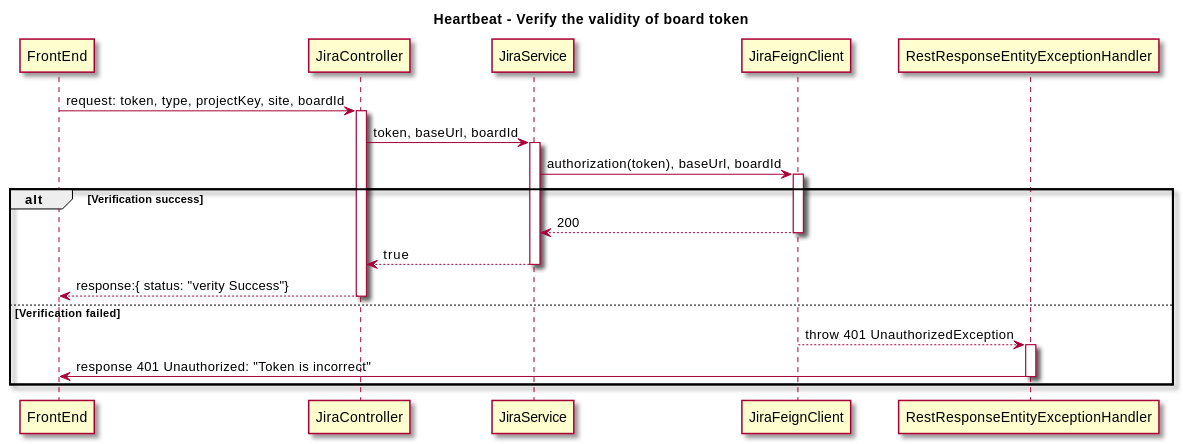
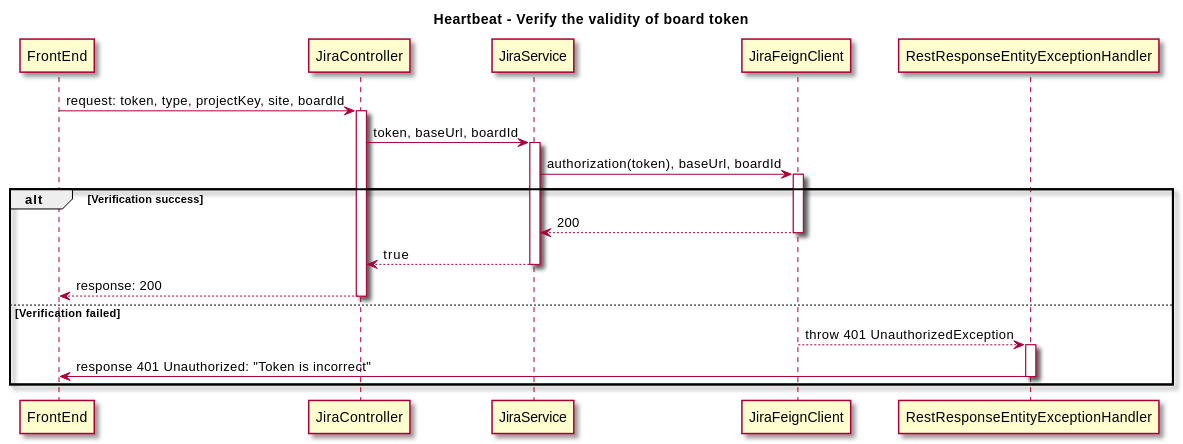
The diagram in docs/src/content/docs/en/spikes/tech-spikes-split-verify-of-board.mdx (thoughtworks/HeartBeat), drawn with PlantUML before and after one commit. The commit also changed other lines of this file, not shown here.

````diff
--- a/docs/src/content/docs/en/spikes/tech-spikes-split-verify-of-board.mdx
+++ b/docs/src/content/docs/en/spikes/tech-spikes-split-verify-of-board.mdx
@@ -99,36 +97,36 @@
 ```plantuml
 @startuml
 skin rose
 title Heartbeat - Verify the validity of board token
 
 participant FrontEnd
 participant JiraController
 participant JiraService
 participant JiraFeignClient
 participant RestResponseEntityExceptionHandler
 
 ' group Verify the validity of the token
     FrontEnd -> JiraController: request: token, type, projectKey, site, boardId
     activate JiraController
     JiraController -> JiraService: token, baseUrl, boardId
     activate JiraService
     JiraService -> JiraFeignClient: authorization(token), baseUrl, boardId
     activate JiraFeignClient
 alt Verification success
     JiraFeignClient --> JiraService: 200
     deactivate JiraFeignClient
     JiraService --> JiraController: true
     deactivate JiraService
-    JiraController --> FrontEnd: response:{ status: "verity Success"}
+    JiraController --> FrontEnd: response: 200
     deactivate JiraController
 else Verification failed
     JiraFeignClient --> RestResponseEntityExceptionHandler: throw 401 UnauthorizedException
     deactivate JiraFeignClient
     activate RestResponseEntityExceptionHandler
     RestResponseEntityExceptionHandler -> FrontEnd: response 401 Unauthorized: "Token is incorrect"
     deactivate RestResponseEntityExceptionHandler
     ' deactivate JiraService
     ' deactivate JiraController
 end
 @enduml
 ```
````
